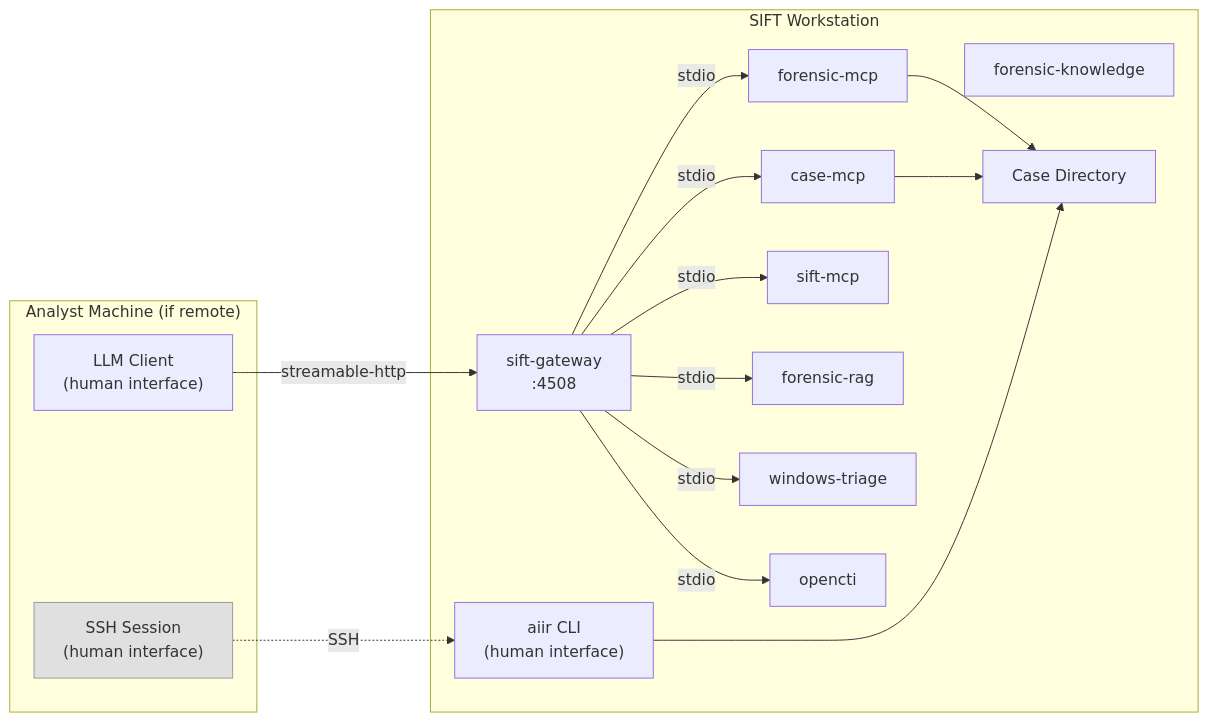
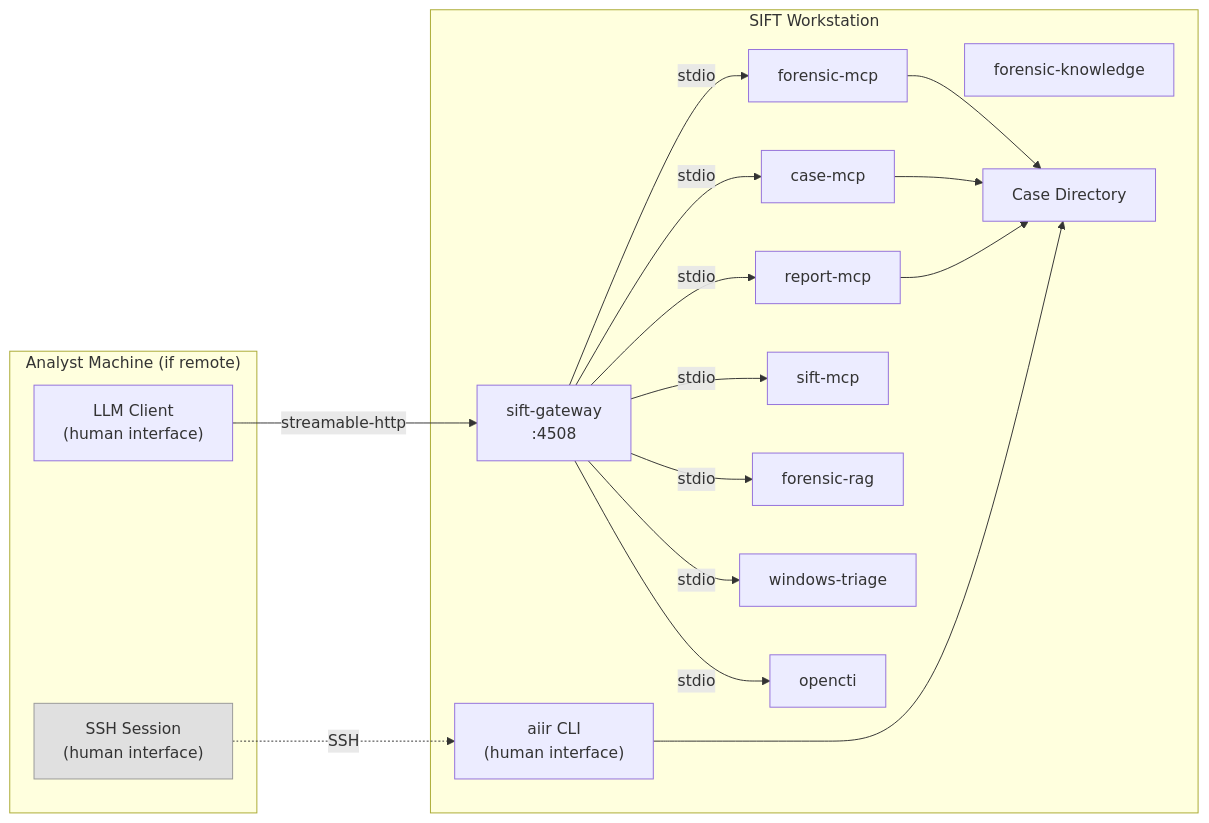
Before and after one commit to AppliedIR/sift-mcp: the first of 2 diagrams in README.md, drawn with Mermaid. The commit also changed other lines of this file and 10 other files, not shown here.

Commit message:
Update documentation: READMEs, ARCHITECTURE.md, AGENTS.md, add docs/ site content

````diff
--- a/README.md
+++ b/README.md
@@ -9,34 +9,37 @@
 ```mermaid
 graph LR
     subgraph analyst ["Analyst Machine (if remote)"]
         CC["LLM Client<br/>(human interface)"]
         SSH["SSH Session<br/>(human interface)"]
     end
 
     subgraph sift ["SIFT Workstation"]
         CLI["aiir CLI<br/>(human interface)"]
         GW["sift-gateway<br/>:4508"]
         FM["forensic-mcp"]
         CM["case-mcp"]
+        RM["report-mcp"]
         SM["sift-mcp"]
         RAG["forensic-rag"]
         WT["windows-triage"]
         OC["opencti"]
         FK["forensic-knowledge"]
         CASE["Case Directory"]
 
         GW -->|stdio| FM
         GW -->|stdio| CM
+        GW -->|stdio| RM
         GW -->|stdio| SM
         GW -->|stdio| RAG
         GW -->|stdio| WT
         GW -->|stdio| OC
         FM --> CASE
         CM --> CASE
+        RM --> CASE
         CLI --> CASE
     end
 
     CC -->|"streamable-http"| GW
     SSH -.->|"SSH"| CLI
     style SSH fill:#e0e0e0,stroke:#999,color:#333
 ```
````
